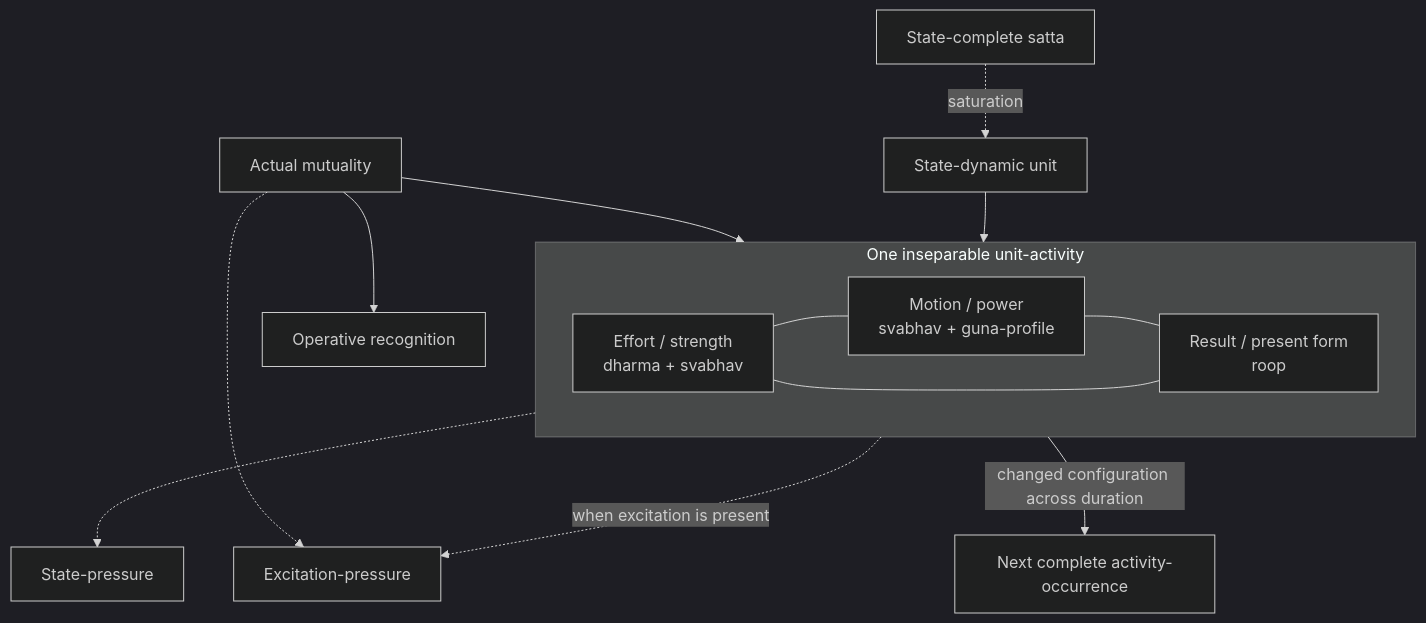
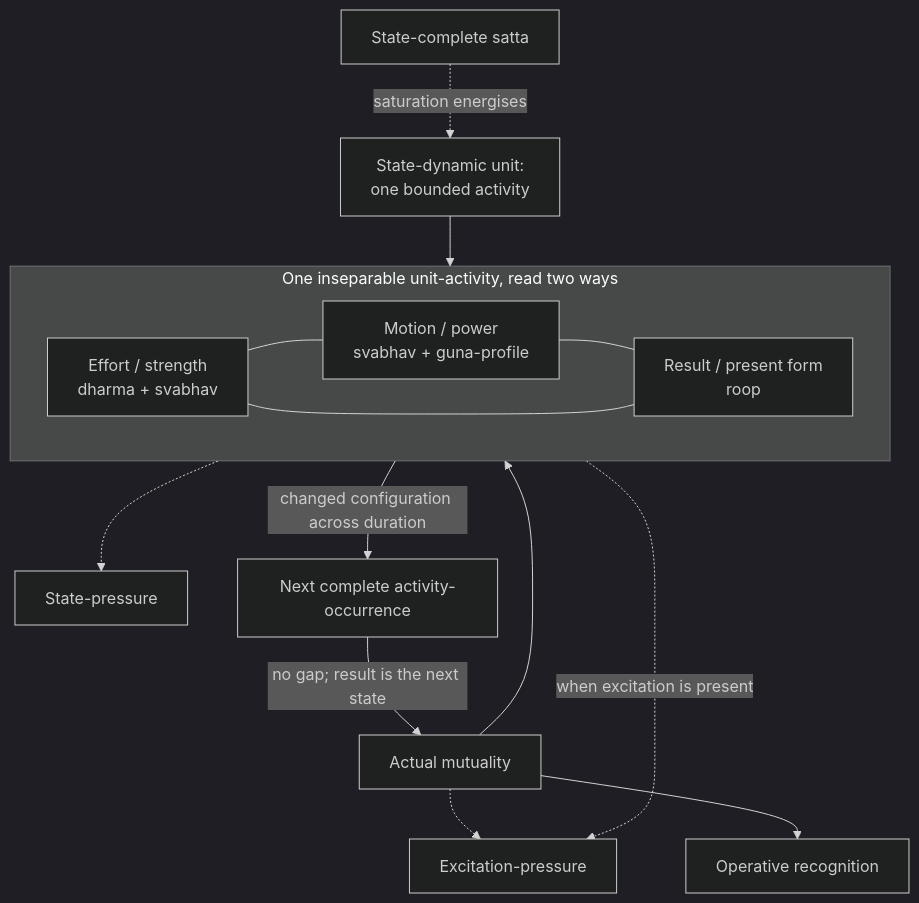
The first of 7 diagrams in Studies/A-State-Dynamic-Model-Of-Coexistence/A-State-Dynamic-Model-Of-Coexistence.md (raghavamohan/AnalyticMadhyasthDarshan), drawn with Mermaid (dark theme) before and after one commit. The commit also changed other lines of this file and 9 other files, not shown here.

````diff
--- a/Studies/A-State-Dynamic-Model-Of-Coexistence/A-State-Dynamic-Model-Of-Coexistence.md
+++ b/Studies/A-State-Dynamic-Model-Of-Coexistence/A-State-Dynamic-Model-Of-Coexistence.md
@@ -166,20 +108,21 @@
 ```mermaid
 flowchart TB
-    SATTA["State-complete satta"] -.->|"saturation"| UNIT["State-dynamic unit"]
-    subgraph ACT["One inseparable unit-activity"]
+    SATTA["State-complete satta"] -.->|"saturation energises"| UNIT["State-dynamic unit:<br/>one bounded activity"]
+    subgraph ACT["One inseparable unit-activity, read two ways"]
       direction LR
       EFFORT["Effort / strength<br/>dharma + svabhav"]
       MOTION["Motion / power<br/>svabhav + guna-profile"]
       RESULT["Result / present form<br/>roop"]
       EFFORT --- MOTION
       MOTION --- RESULT
       RESULT --- EFFORT
     end
     UNIT --> ACT
     ACTUAL["Actual mutuality"] --> MOTION
     ACTUAL --> RECOG["Operative recognition"]
     EFFORT -.-> PSTATE["State-pressure"]
     MOTION -.->|"when excitation is present"| PEXC["Excitation-pressure"]
     ACTUAL -.-> PEXC
     RESULT -->|"changed configuration across duration"| NEXT["Next complete activity-occurrence"]
+    NEXT -->|"no gap; result is the next state"| ACTUAL
 ```
````
